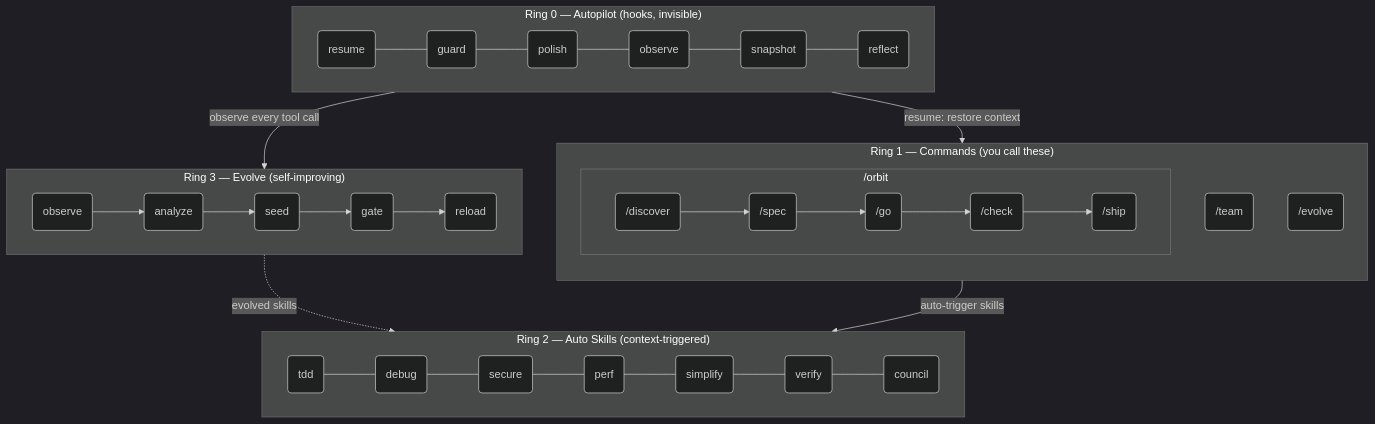
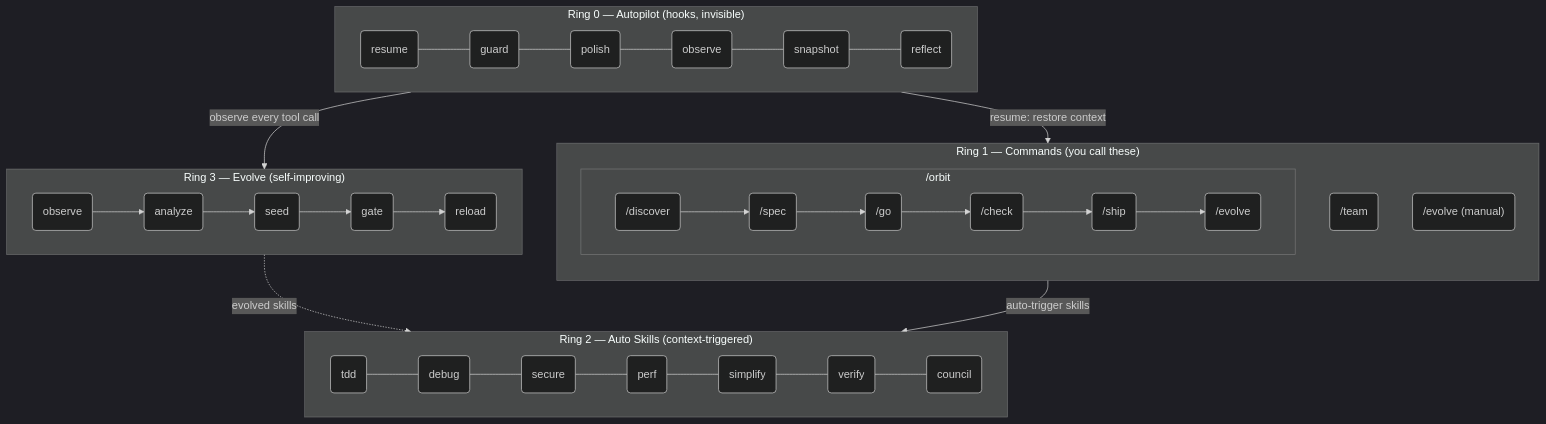
One commit to epicsagas/epic-harness changed the second of 2 diagrams in i18n/ja/README.md. Above: the diagram before and after it, drawn with Mermaid (dark theme). The commit also changed other lines of this file and 9 other files, not shown here.

````diff
--- a/i18n/ja/README.md
+++ b/i18n/ja/README.md
@@ -430,32 +401,32 @@
 ```mermaid
 flowchart TB
     subgraph R0["Ring 0 — Autopilot (hooks, invisible)"]
         direction LR
         h1(resume) --- h2(guard) --- h3(polish) --- h4(observe) --- h5(snapshot) --- h6(reflect)
     end
 
     subgraph R1["Ring 1 — Commands (you call these)"]
         direction TB
         subgraph orbit_wrap["  /orbit  "]
             direction LR
-            c1("/discover") --> c2("/spec") --> c3("/go") --> c4("/check") --> c5("/ship")
+            c1("/discover") --> c2("/spec") --> c3("/go") --> c4("/check") --> c5("/ship") --> c6("/evolve")
         end
-        c6("/team")
-        c7("/evolve")
+        c7("/team")
+        c8("/evolve (manual)")
     end
 
     subgraph R2["Ring 2 — Auto Skills (context-triggered)"]
         direction LR
         s1(tdd) --- s2(debug) --- s3(secure) --- s4(perf) --- s5(simplify) --- s6(verify) --- s7(council)
     end
 
     subgraph R3["Ring 3 — Evolve (self-improving)"]
         direction LR
         e1(observe) --> e2(analyze) --> e3(seed) --> e4(gate) --> e5(reload)
     end
 
     R0 -->|"observe every tool call"| R3
     R3 -.->|"evolved skills"| R2
     R1 -->|"auto-trigger skills"| R2
     R0 -->|"resume: restore context"| R1
 ```
````
